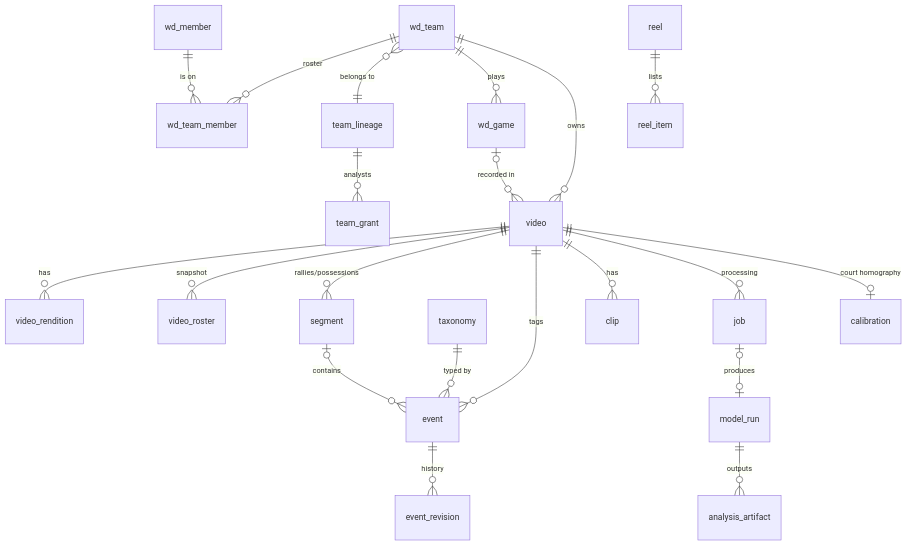
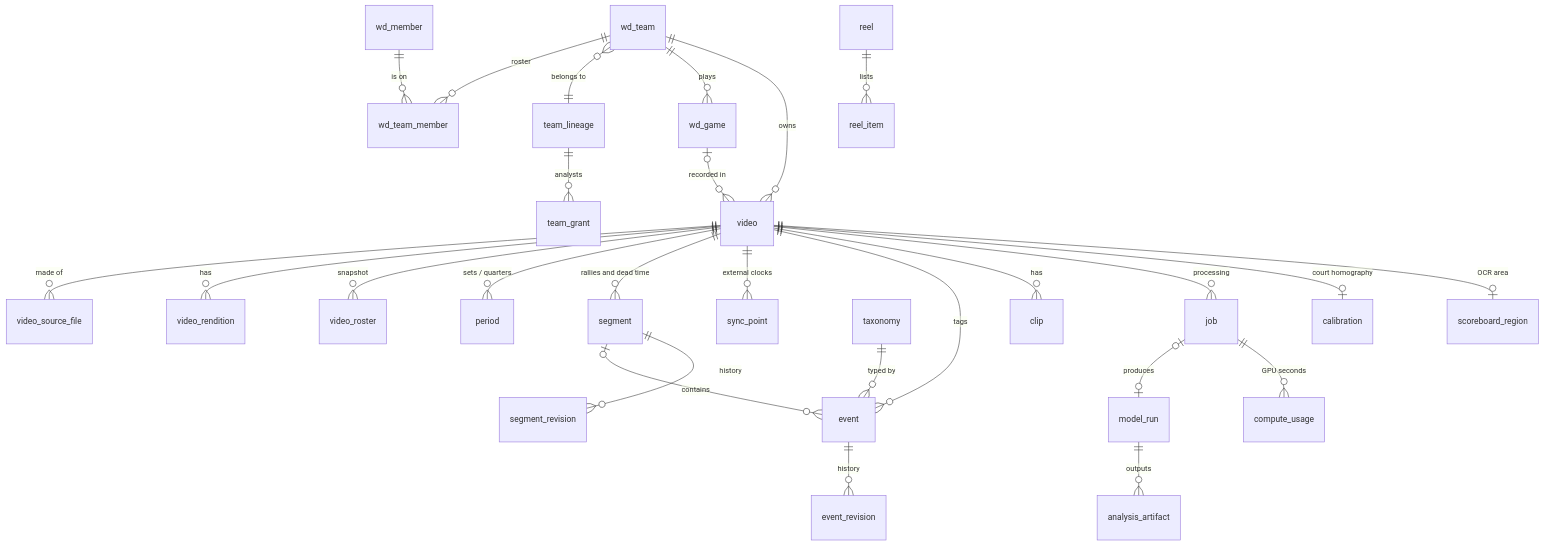
Before and after one commit to KSC-Wiedikon/wieplay: the third of 4 diagrams in docs/PLAN.md, drawn with Mermaid. The commit also changed other lines of this file and 1 other file, not shown here.

First line of the commit message:
docs: plan revision 2 and competitor research

````diff
--- a/docs/PLAN.md
+++ b/docs/PLAN.md
@@ -373,23 +421,29 @@
 ```mermaid
 erDiagram
   wd_team ||--o{ wd_team_member : roster
   wd_team }o--|| team_lineage : "belongs to"
   wd_team ||--o{ wd_game : plays
   wd_member ||--o{ wd_team_member : "is on"
   team_lineage ||--o{ team_grant : analysts
   wd_team ||--o{ video : owns
   wd_game |o--o{ video : "recorded in"
+  video ||--o{ video_source_file : "made of"
   video ||--o{ video_rendition : has
-  video ||--o{ video_roster : "snapshot"
-  video ||--o{ segment : "rallies/possessions"
+  video ||--o{ video_roster : snapshot
+  video ||--o{ period : "sets / quarters"
+  video ||--o{ segment : "rallies and dead time"
+  video ||--o{ sync_point : "external clocks"
   video ||--o{ event : tags
   segment |o--o{ event : contains
   taxonomy ||--o{ event : "typed by"
   event ||--o{ event_revision : history
+  segment ||--o{ segment_revision : history
   video ||--o{ clip : has
   reel ||--o{ reel_item : lists
   video ||--o{ job : processing
   job |o--o| model_run : produces
   model_run ||--o{ analysis_artifact : outputs
   video ||--o| calibration : "court homography"
+  video ||--o| scoreboard_region : "OCR area"
+  job ||--o{ compute_usage : "GPU seconds"
 ```
````
